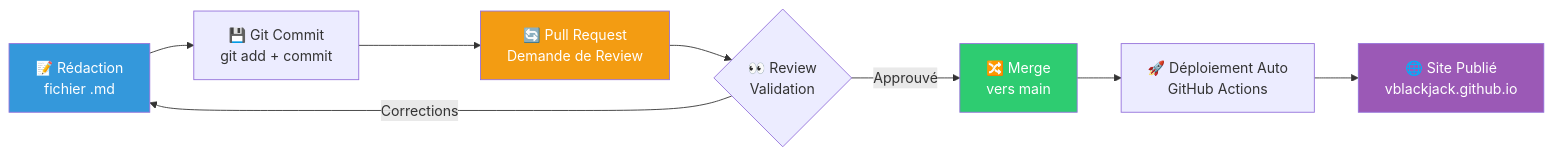
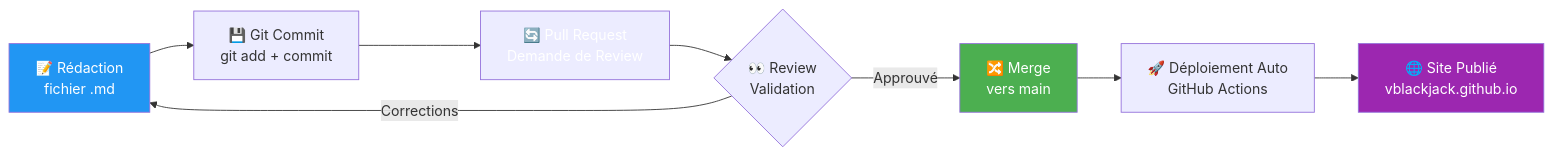
Before and after one commit to VBlackJack/ShellBook: the first of 2 diagrams in docs/devops/docs-as-code.md, drawn with Mermaid. The commit also changed other lines of this file and 337 other files, not shown here.

First line of the commit message:
refactor(docs): Standardize code blocks and Mermaid colors

````diff
--- a/docs/devops/docs-as-code.md
+++ b/docs/devops/docs-as-code.md
@@ -33,15 +33,15 @@
 ```mermaid
 flowchart LR
     A[📝 Rédaction<br/>fichier .md] --> B[💾 Git Commit<br/>git add + commit]
     B --> C[🔄 Pull Request<br/>Demande de Review]
     C --> D{👀 Review<br/>Validation}
     D -->|Approuvé| E[🔀 Merge<br/>vers main]
     D -->|Corrections| A
     E --> F[🚀 Déploiement Auto<br/>GitHub Actions]
     F --> G[🌐 Site Publié<br/>vblackjack.github.io]
 
-    style A fill:#3498db,color:#fff
-    style C fill:#f39c12,color:#fff
-    style E fill:#2ecc71,color:#fff
-    style G fill:#9b59b6,color:#fff
+    style A fill:#2196F3,color:#fff
+    style C fill:#FF9800800800,color:#fff
+    style E fill:#4CAF50,color:#fff
+    style G fill:#9C27B0,color:#fff
 ```
````
